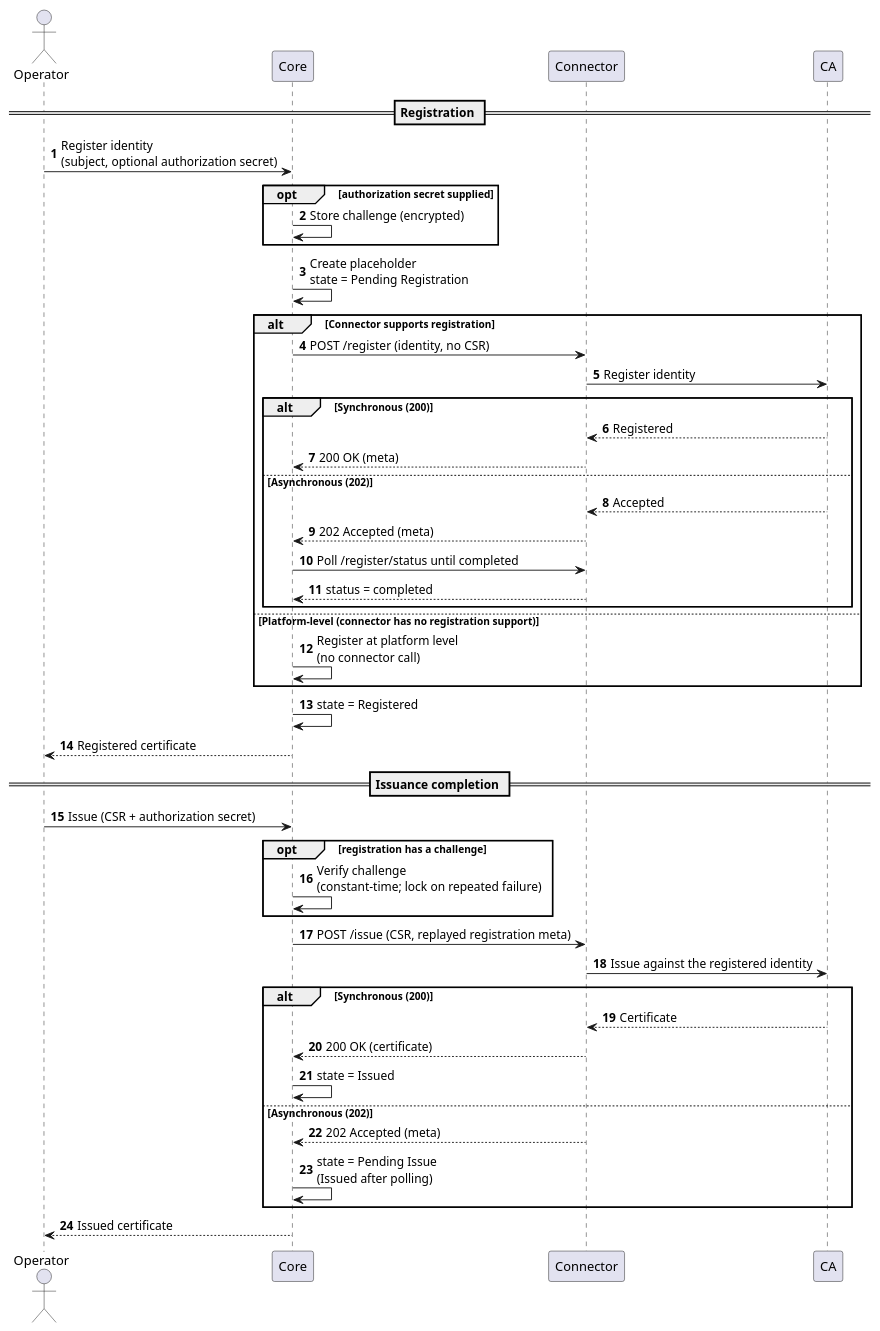
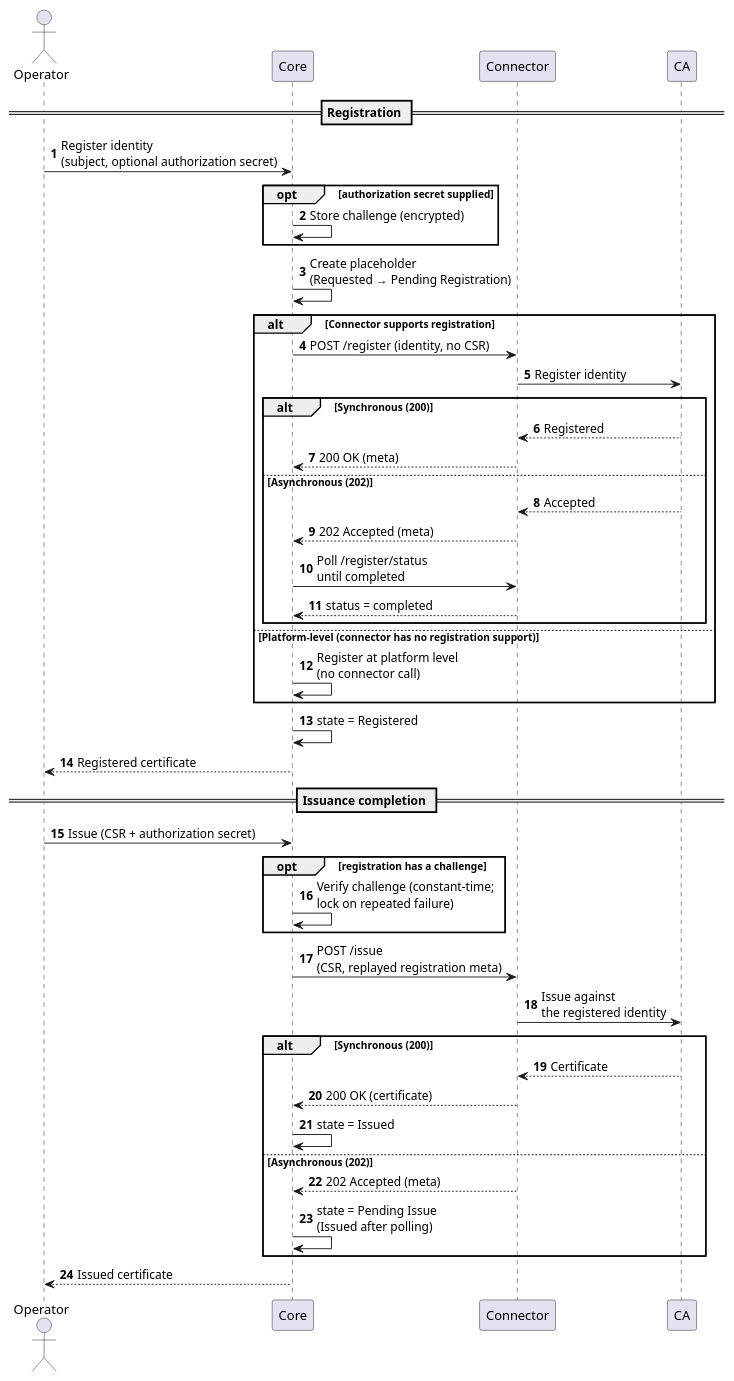
The second of 6 diagrams in docs/certificate-key/concept-design/core-components/certificate.md (CZERTAINLY/CZERTAINLY-Documentation), drawn with PlantUML before and after one commit. The commit also changed other lines of this file and 49 other files, not shown here.

````diff
--- a/docs/certificate-key/concept-design/core-components/certificate.md
+++ b/docs/certificate-key/concept-design/core-components/certificate.md
@@ -128,50 +128,50 @@
 ```plantuml
 @startuml
 autonumber
 actor Operator
 participant "Core" as Core
 participant "Connector" as Conn
 participant "CA" as CA
 
 == Registration ==
 Operator -> Core : Register identity\n(subject, optional authorization secret)
 opt authorization secret supplied
   Core -> Core : Store challenge (encrypted)
 end
-Core -> Core : Create placeholder\nstate = Pending Registration
+Core -> Core : Create placeholder\n(Requested → Pending Registration)
 alt Connector supports registration
   Core -> Conn : POST /register (identity, no CSR)
   Conn -> CA : Register identity
   alt Synchronous (200)
     CA --> Conn : Registered
     Conn --> Core : 200 OK (meta)
   else Asynchronous (202)
     CA --> Conn : Accepted
     Conn --> Core : 202 Accepted (meta)
-    Core -> Conn : Poll /register/status until completed
+    Core -> Conn : Poll /register/status\nuntil completed
     Conn --> Core : status = completed
   end
 else Platform-level (connector has no registration support)
   Core -> Core : Register at platform level\n(no connector call)
 end
 Core -> Core : state = Registered
 Core --> Operator : Registered certificate
 
 == Issuance completion ==
 Operator -> Core : Issue (CSR + authorization secret)
 opt registration has a challenge
-  Core -> Core : Verify challenge\n(constant-time; lock on repeated failure)
+  Core -> Core : Verify challenge (constant-time;\nlock on repeated failure)
 end
-Core -> Conn : POST /issue (CSR, replayed registration meta)
-Conn -> CA : Issue against the registered identity
+Core -> Conn : POST /issue\n(CSR, replayed registration meta)
+Conn -> CA : Issue against\nthe registered identity
 alt Synchronous (200)
   CA --> Conn : Certificate
   Conn --> Core : 200 OK (certificate)
   Core -> Core : state = Issued
 else Asynchronous (202)
   Conn --> Core : 202 Accepted (meta)
   Core -> Core : state = Pending Issue\n(Issued after polling)
 end
 Core --> Operator : Issued certificate
 @enduml
 ```
````
